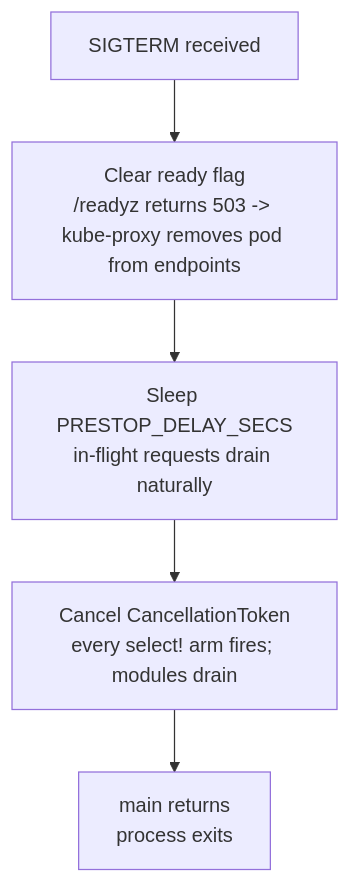
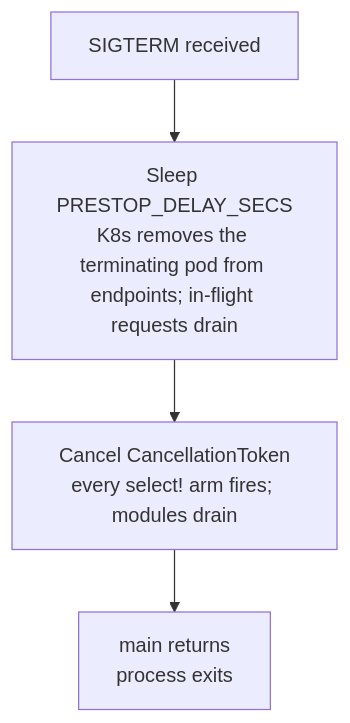
Before and after one commit to hyperi-io/scalo-rs: the diagram in docs/core-pillars/shutdown.md, drawn with Mermaid. The commit also changed other lines of this file and 13 other files, not shown here.

````diff
--- a/docs/core-pillars/shutdown.md
+++ b/docs/core-pillars/shutdown.md
@@ -34,7 +34,6 @@
 ```mermaid
 flowchart TB
-    A["SIGTERM received"] --> B["Clear ready flag<br/>/readyz returns 503 -> kube-proxy removes pod from endpoints"]
-    B --> C["Sleep PRESTOP_DELAY_SECS<br/>in-flight requests drain naturally"]
-    C --> D["Cancel CancellationToken<br/>every select! arm fires; modules drain"]
-    D --> E["main returns<br/>process exits"]
+    A["SIGTERM received"] --> B["Sleep PRESTOP_DELAY_SECS<br/>K8s removes the terminating pod from endpoints; in-flight requests drain"]
+    B --> C["Cancel CancellationToken<br/>every select! arm fires; modules drain"]
+    C --> D["main returns<br/>process exits"]
 ```
````
